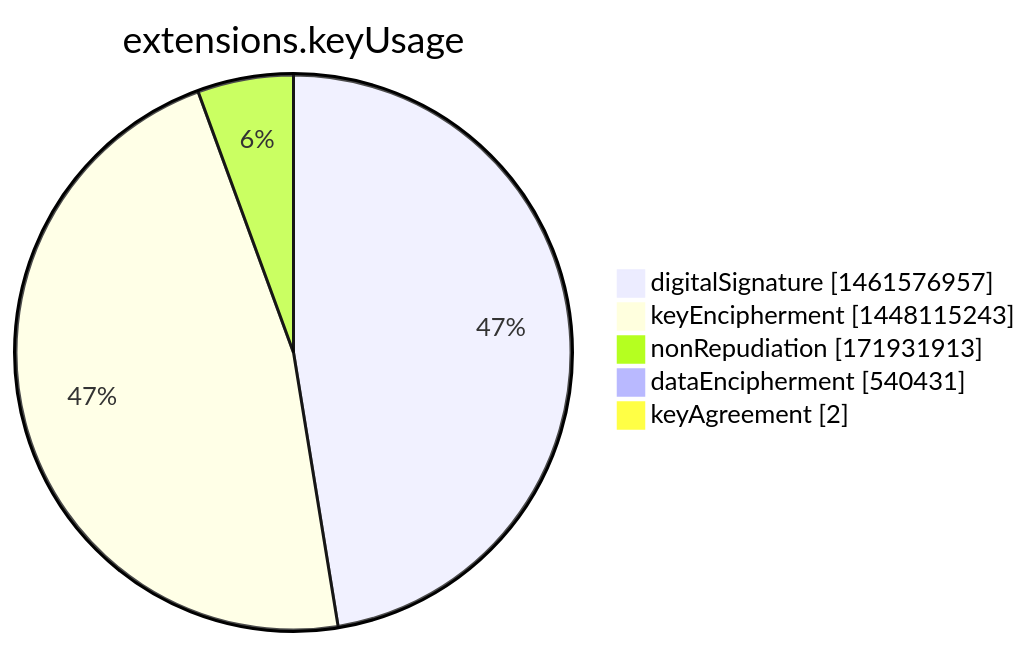
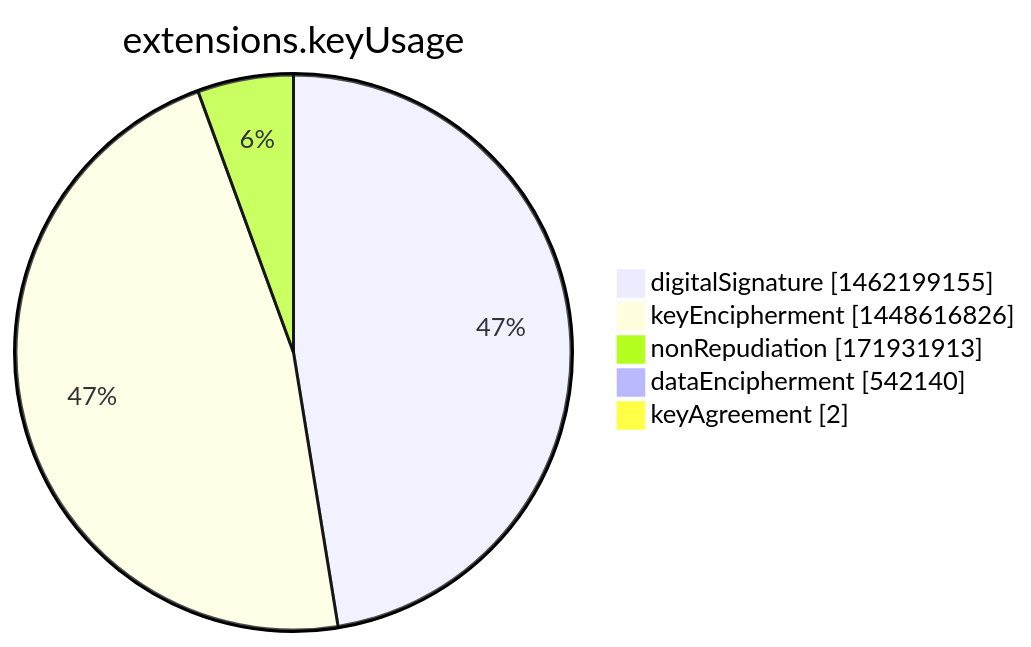
The seventh of 15 diagrams in argon2022/README.md (christiankrug/ctmonitor_visualization), drawn with Mermaid before and after one commit. The commit also changed other lines of this file, not shown here.

````diff
--- a/argon2022/README.md
+++ b/argon2022/README.md
@@ -2751,9 +2751,9 @@
 ```mermaid
 pie showData
 title extensions.keyUsage
-"digitalSignature" :1461576957
-"keyEncipherment" :1448115243
+"digitalSignature" :1462199155
+"keyEncipherment" :1448616826
 "nonRepudiation" :171931913
-"dataEncipherment" :540431
+"dataEncipherment" :542140
 "keyAgreement" :2
 ```
````
